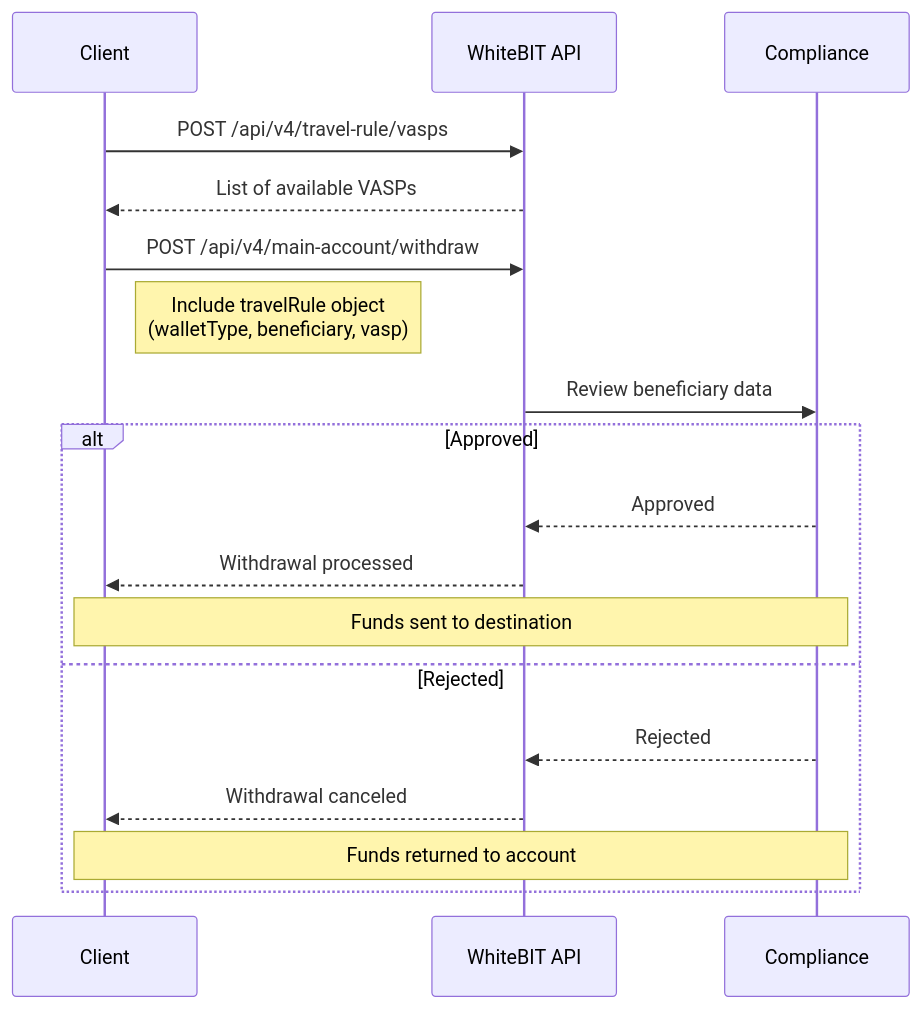
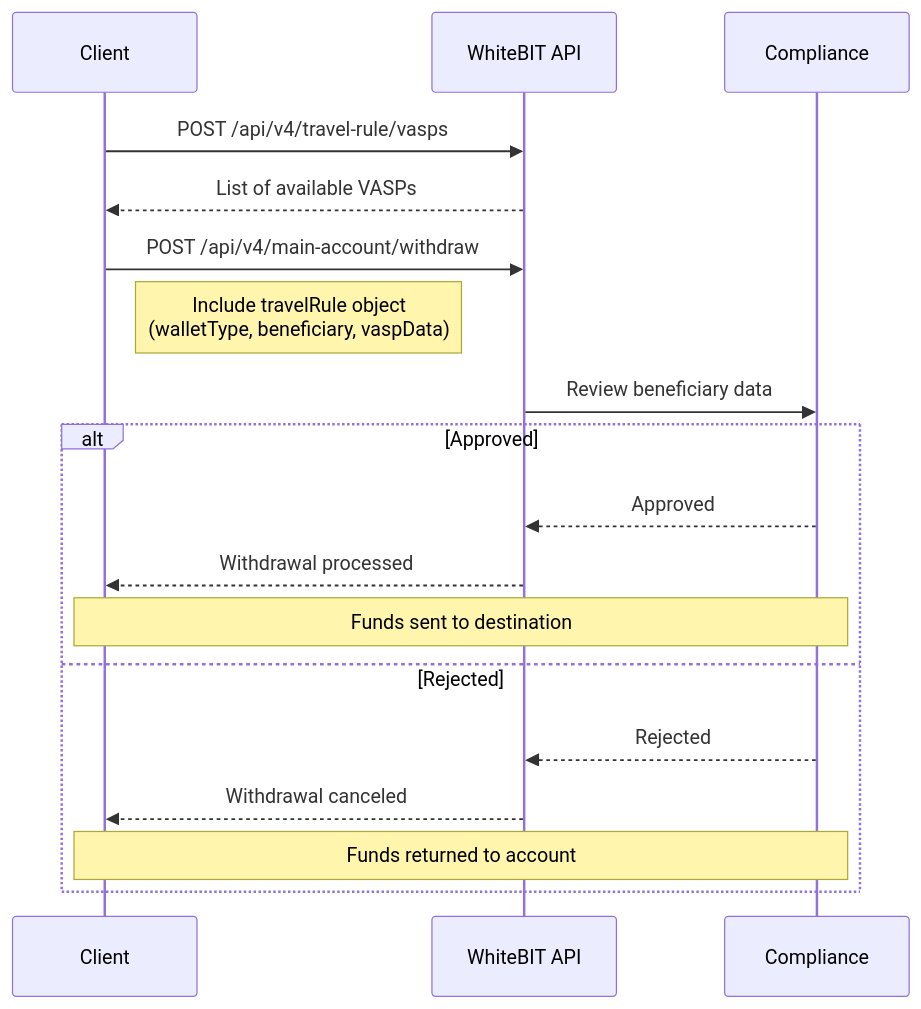
The second of 2 diagrams in concepts/travel-rule.mdx (whitebit-exchange/docs), drawn with Mermaid before and after one commit. The commit also changed other lines of this file and 1 other file, not shown here.

Commit message:
CEX-6284: Rename the field vasp/originatingVasp to vaspData

````diff
--- a/concepts/travel-rule.mdx
+++ b/concepts/travel-rule.mdx
@@ -173,23 +173,23 @@
 ```mermaid
 sequenceDiagram
     participant Client
     participant WhiteBIT API
     participant Compliance
 
     Client->>WhiteBIT API: POST /api/v4/travel-rule/vasps
     WhiteBIT API-->>Client: List of available VASPs
 
     Client->>WhiteBIT API: POST /api/v4/main-account/withdraw
-    Note right of Client: Include travelRule object<br/>(walletType, beneficiary, vasp)
+    Note right of Client: Include travelRule object<br/>(walletType, beneficiary, vaspData)
     WhiteBIT API->>Compliance: Review beneficiary data
 
     alt Approved
         Compliance-->>WhiteBIT API: Approved
         WhiteBIT API-->>Client: Withdrawal processed
         Note over Client,Compliance: Funds sent to destination
     else Rejected
         Compliance-->>WhiteBIT API: Rejected
         WhiteBIT API-->>Client: Withdrawal canceled
         Note over Client,Compliance: Funds returned to account
     end
 ```
````
